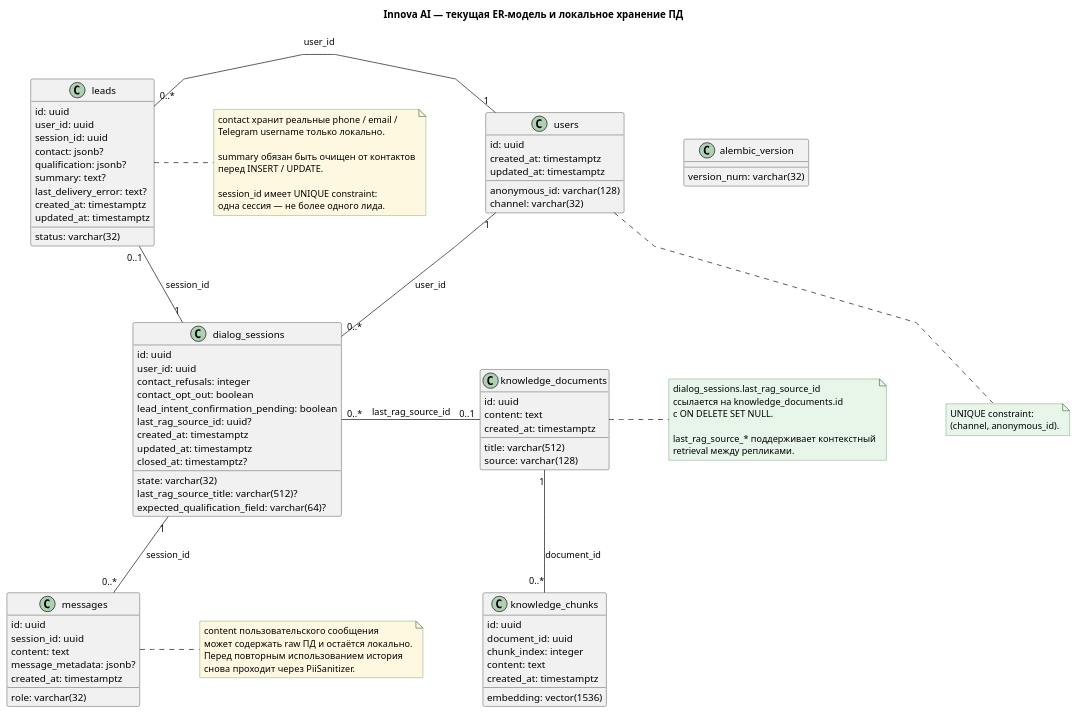
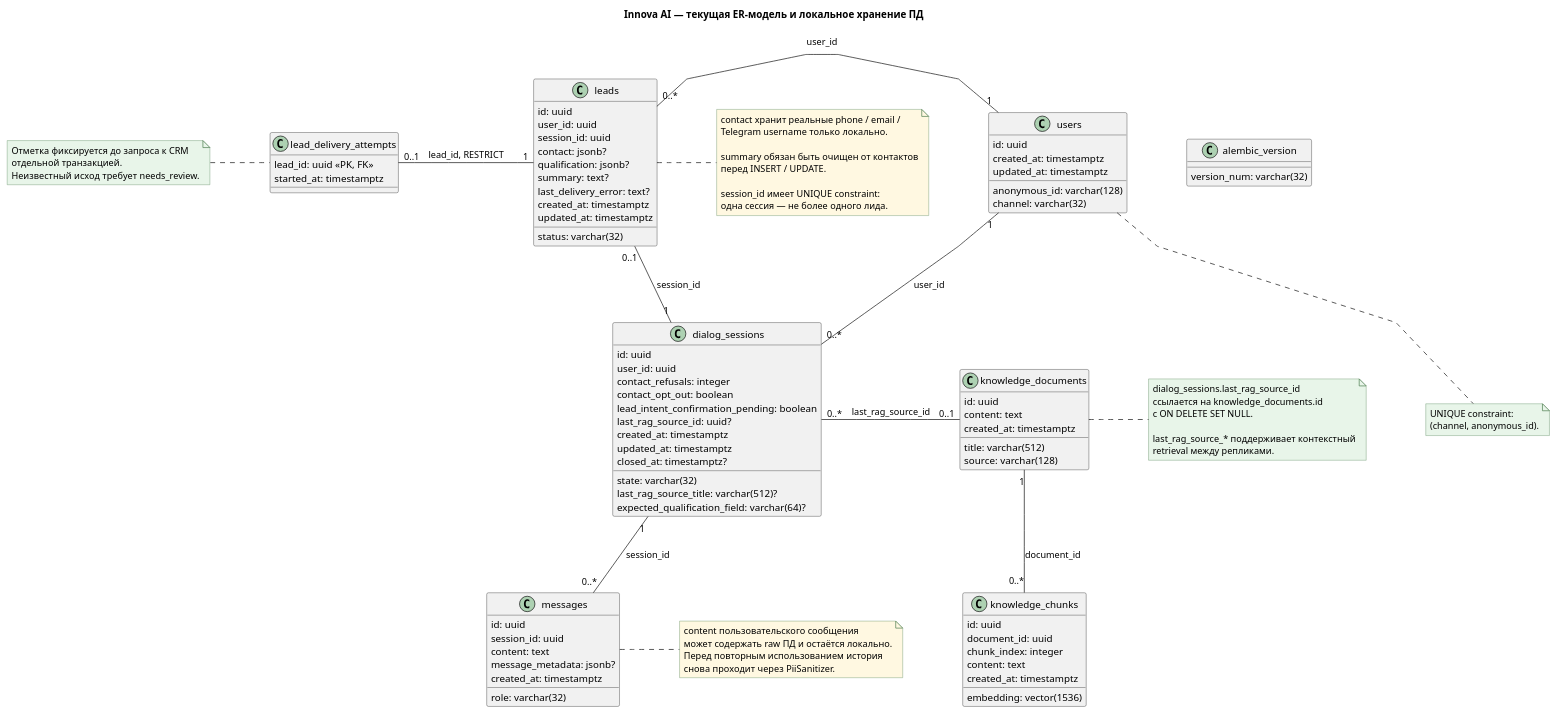
One commit to KNG-Labs/innova-ai changed the diagram in docs/diagrams/current/ER.puml. Above: the diagram before and after it, drawn with PlantUML. The commit also changed 20 other files, not shown here.

```diff
--- a/docs/diagrams/current/ER.puml
+++ b/docs/diagrams/current/ER.puml
@@ -1,123 +1,135 @@
 @startuml Current_ER
 
 top to bottom direction
 skinparam linetype polyline
 skinparam shadowing false
 skinparam noteBackgroundColor #E8F5E9
 skinparam noteBorderColor #4F7F52
 skinparam nodesep 85
 skinparam ranksep 90
 skinparam classAttributeIconSize 0
 
 title Innova AI — текущая ER-модель и локальное хранение ПД
 
 class alembic_version {
    version_num: varchar(32)
 }
 
 class users {
    id: uuid
    anonymous_id: varchar(128)
    channel: varchar(32)
    created_at: timestamptz
    updated_at: timestamptz
 }
 
 class dialog_sessions {
    id: uuid
    user_id: uuid
    state: varchar(32)
    contact_refusals: integer
    contact_opt_out: boolean
    lead_intent_confirmation_pending: boolean
    last_rag_source_id: uuid?
    last_rag_source_title: varchar(512)?
    expected_qualification_field: varchar(64)?
    created_at: timestamptz
    updated_at: timestamptz
    closed_at: timestamptz?
 }
 
 class messages {
    id: uuid
    session_id: uuid
    role: varchar(32)
    content: text
    message_metadata: jsonb?
    created_at: timestamptz
 }
 
 class leads {
    id: uuid
    user_id: uuid
    session_id: uuid
    status: varchar(32)
    contact: jsonb?
    qualification: jsonb?
    summary: text?
    last_delivery_error: text?
    created_at: timestamptz
    updated_at: timestamptz
 }
 
+class lead_delivery_attempts {
+   lead_id: uuid <<PK, FK>>
+   started_at: timestamptz
+}
+
 class knowledge_documents {
    id: uuid
    title: varchar(512)
    source: varchar(128)
    content: text
    created_at: timestamptz
 }
 
 class knowledge_chunks {
    id: uuid
    document_id: uuid
    chunk_index: integer
    content: text
    embedding: vector(1536)
    created_at: timestamptz
 }
 
 users               "1" -down-  "0..*" dialog_sessions    : user_id
 users               "1" -left-  "0..*" leads              : user_id
+leads               "1" -left-  "0..1" lead_delivery_attempts : lead_id, RESTRICT
 dialog_sessions     "1" -down-  "0..*" messages           : session_id
 dialog_sessions     "1" -left-  "0..1" leads              : session_id
 knowledge_documents "1" -down-  "0..*" knowledge_chunks   : document_id
 knowledge_documents "0..1" -left- "0..*" dialog_sessions  : last_rag_source_id
 
 users -[hidden]right- alembic_version
 leads -[hidden]right- messages
 messages -[hidden]right- knowledge_chunks
 
 note right of messages #FFF8E1
   content пользовательского сообщения
   может содержать raw ПД и остаётся локально.
   Перед повторным использованием история
   снова проходит через PiiSanitizer.
 end note
 
 note right of leads #FFF8E1
   contact хранит реальные phone / email /
   Telegram username только локально.
 
   summary обязан быть очищен от контактов
   перед INSERT / UPDATE.
 
   session_id имеет UNIQUE constraint:
   одна сессия — не более одного лида.
 end note
 
 note right of knowledge_documents
   dialog_sessions.last_rag_source_id
   ссылается на knowledge_documents.id
   с ON DELETE SET NULL.
 
   last_rag_source_* поддерживает контекстный
   retrieval между репликами.
 end note
 
+note left of lead_delivery_attempts
+  Отметка фиксируется до запроса к CRM
+  отдельной транзакцией.
+  Неизвестный исход требует needs_review.
+end note
+
 note bottom of users
   UNIQUE constraint:
   (channel, anonymous_id).
 end note
 
 @enduml
```
